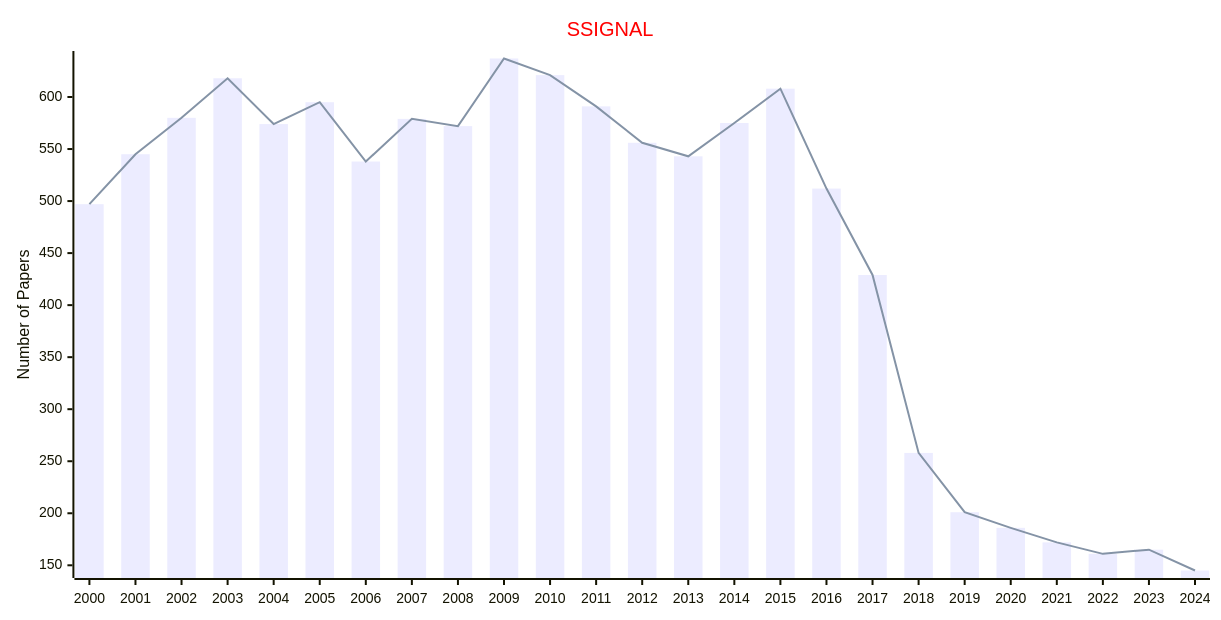
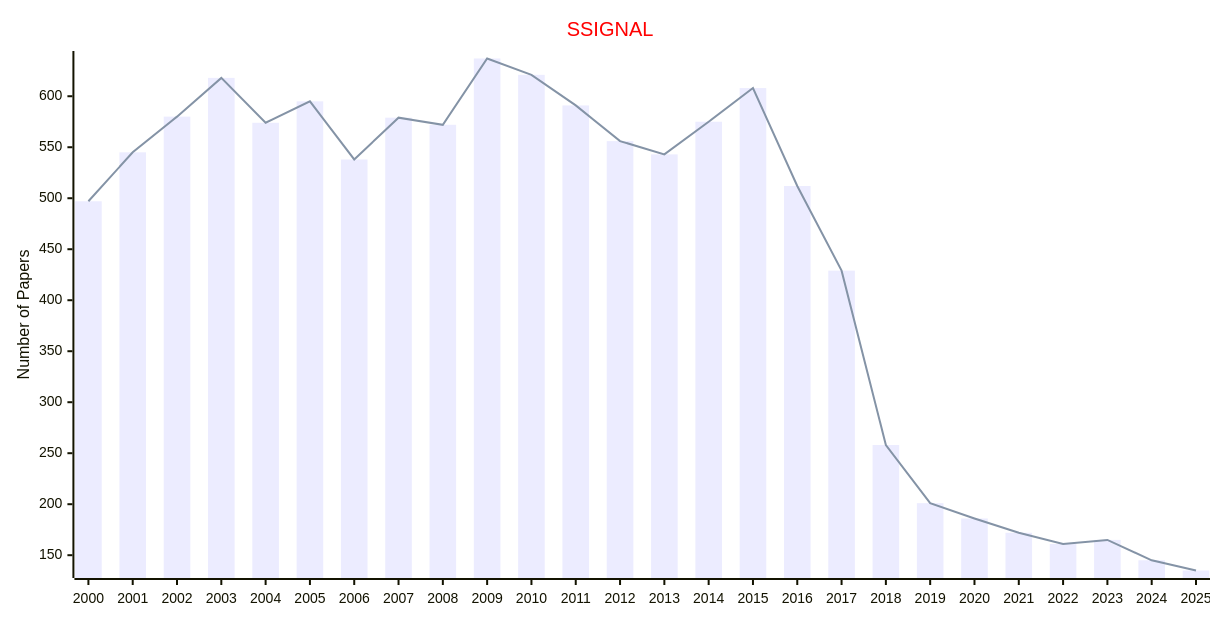
The diagram in docs/data/Journals/Statistics_Journals/Cellular_Signaling.md (Easy-PhD/AILinks), drawn with Mermaid before and after one commit. The commit also changed 93 other files, not shown here.

````diff
--- a/docs/data/Journals/Statistics_Journals/Cellular_Signaling.md
+++ b/docs/data/Journals/Statistics_Journals/Cellular_Signaling.md
@@ -9,17 +9,17 @@
 ```mermaid
 ---
 config:
     xyChart:
         width: 1200
         height: 600
     themeVariables:
         xyChart:
             titleColor: "#ff0000"
 ---
 xychart-beta
     title "SSIGNAL"
-    x-axis [2000, 2001, 2002, 2003, 2004, 2005, 2006, 2007, 2008, 2009, 2010, 2011, 2012, 2013, 2014, 2015, 2016, 2017, 2018, 2019, 2020, 2021, 2022, 2023, 2024]
+    x-axis [2000, 2001, 2002, 2003, 2004, 2005, 2006, 2007, 2008, 2009, 2010, 2011, 2012, 2013, 2014, 2015, 2016, 2017, 2018, 2019, 2020, 2021, 2022, 2023, 2024, 2025]
     y-axis "Number of Papers"
-    bar [497, 545, 580, 618, 574, 595, 538, 579, 572, 637, 621, 591, 556, 543, 575, 608, 512, 429, 258, 201, 186, 172, 161, 165, 145]
-    line [497, 545, 580, 618, 574, 595, 538, 579, 572, 637, 621, 591, 556, 543, 575, 608, 512, 429, 258, 201, 186, 172, 161, 165, 145]
+    bar [497, 545, 580, 618, 574, 595, 538, 579, 572, 637, 621, 591, 556, 543, 575, 608, 512, 429, 258, 201, 186, 172, 161, 165, 145, 135]
+    line [497, 545, 580, 618, 574, 595, 538, 579, 572, 637, 621, 591, 556, 543, 575, 608, 512, 429, 258, 201, 186, 172, 161, 165, 145, 135]
 ```
````
